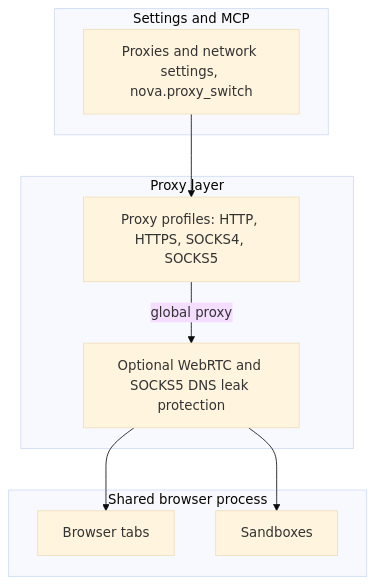
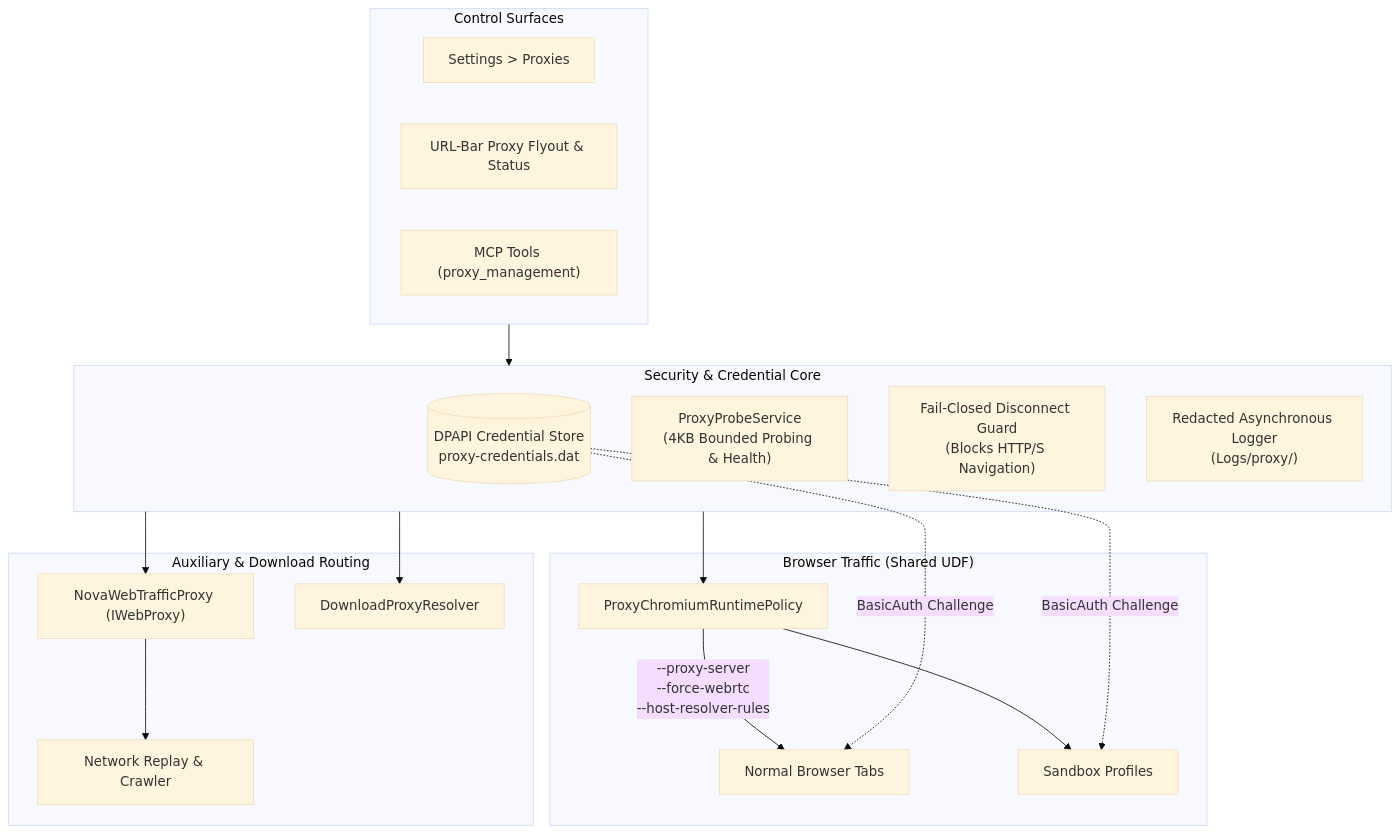
One commit to joelaniol/nova changed the first of 2 diagrams in docs/core-features/network/proxy/README.md. Above: the diagram before and after it, drawn with Mermaid (base theme). The commit also changed other lines of this file, not shown here.

Commit message:
docs(proxy): expand proxy routing and traffic isolation article

````diff
--- a/docs/core-features/network/proxy/README.md
+++ b/docs/core-features/network/proxy/README.md
@@ -28,21 +20,37 @@
 ```mermaid
 flowchart TD
-    subgraph Control["Settings and MCP"]
-        Switch["Proxies and network settings, nova.proxy_switch"]
+    subgraph UI_MCP["Control Surfaces"]
+        Settings["Settings > Proxies"]
+        URLBar["URL-Bar Proxy Flyout & Status"]
+        MCP["MCP Tools (proxy_management)"]
     end
 
-    subgraph ProxyCore["Proxy layer"]
-        Profiles["Proxy profiles: HTTP, HTTPS, SOCKS4, SOCKS5"]
-        LeakGuard["Optional WebRTC and SOCKS5 DNS leak protection"]
+    subgraph Security_Core["Security & Credential Core"]
+        CredStore[("DPAPI Credential Store\nproxy-credentials.dat")]
+        ProbeService["ProxyProbeService\n(4KB Bounded Probing & Health)"]
+        DisconnectGuard["Fail-Closed Disconnect Guard\n(Blocks HTTP/S Navigation)"]
+        ProxyLogger["Redacted Asynchronous Logger\n(Logs/proxy/)"]
     end
 
-    subgraph Browser["Shared browser process"]
-        Tabs["Browser tabs"]
-        Sandboxes["Sandboxes"]
+    subgraph Browser_Runtime["Browser Traffic (Shared UDF)"]
+        Policy["ProxyChromiumRuntimePolicy"]
+        Tabs["Normal Browser Tabs"]
+        Sandboxes["Sandbox Profiles"]
     end
 
-    Switch --> Profiles
-    Profiles -->|global proxy| LeakGuard
-    LeakGuard --> Tabs
-    LeakGuard --> Sandboxes
+    subgraph Auxiliary_Traffic["Auxiliary & Download Routing"]
+        WebTraffic["NovaWebTrafficProxy (IWebProxy)"]
+        Downloader["DownloadProxyResolver"]
+        Replay["Network Replay & Crawler"]
+    end
+
+    UI_MCP --> Security_Core
+    Security_Core --> Policy
+    Policy -->|--proxy-server\n--force-webrtc\n--host-resolver-rules| Tabs
+    Policy --> Sandboxes
+    Security_Core --> WebTraffic
+    WebTraffic --> Replay
+    Security_Core --> Downloader
+    CredStore -.->|BasicAuth Challenge| Tabs
+    CredStore -.->|BasicAuth Challenge| Sandboxes
 ```
````
